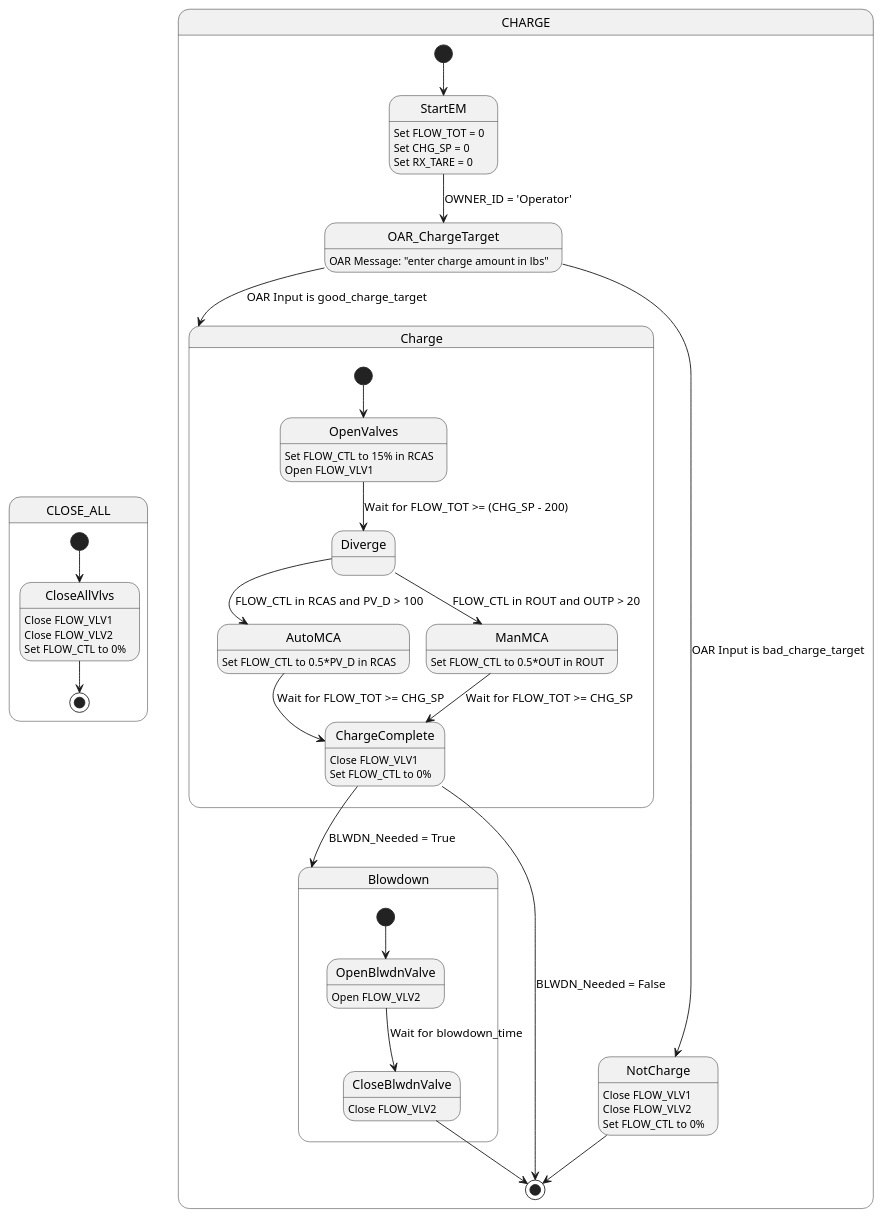
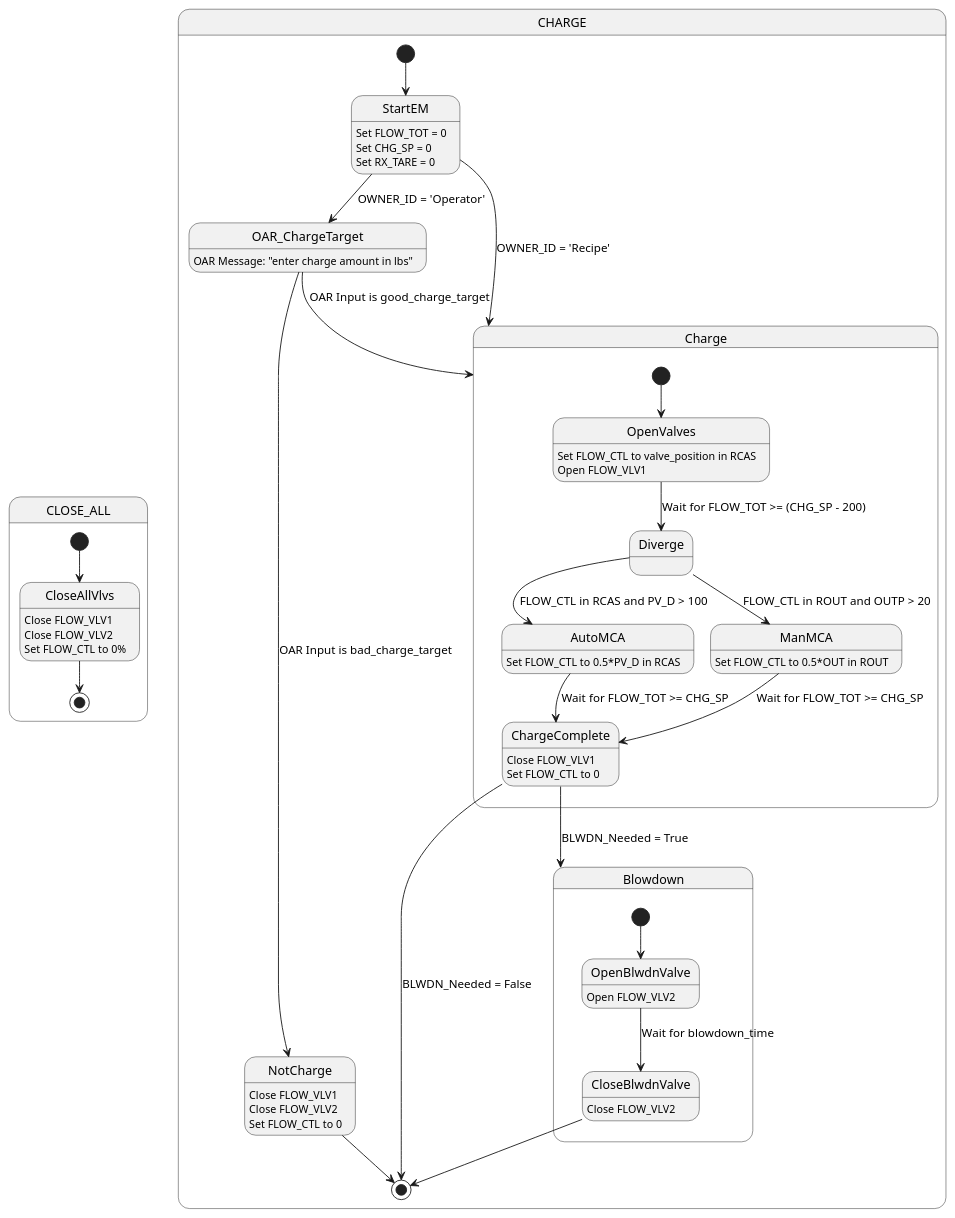
The diagram in specs/vpeng/EM/S_EMC_CHG_BLWDN.puml (mekcrab/Solvay_test), drawn with PlantUML before and after one commit. The commit also changed other lines of this file and 7 other files, not shown here.

Commit message:
1) Modified Charge diagram. 2) Created Condensate Pressure EM, Ramp_VAC part not finished yet.

```diff
--- a/specs/vpeng/EM/S_EMC_CHG_BLWDN.puml
+++ b/specs/vpeng/EM/S_EMC_CHG_BLWDN.puml
@@ -7,70 +9,70 @@
 @startuml
-
 
 state CLOSE_ALL{
 
 [*] --> CloseAllVlvs
 CloseAllVlvs: Close FLOW_VLV1
 CloseAllVlvs: Close FLOW_VLV2
 CloseAllVlvs: Set FLOW_CTL to 0%
 CloseAllVlvs --> [*]
 
 }
 
 state CHARGE {
 
 [*] --> StartEM
 StartEM: Set FLOW_TOT = 0
 StartEM: Set CHG_SP = 0
 StartEM: Set RX_TARE = 0
 
+StartEM --> Charge: OWNER_ID = 'Recipe'
 StartEM --> OAR_ChargeTarget: OWNER_ID = 'Operator'
 OAR_ChargeTarget: OAR Message: "enter charge amount in lbs"
 OAR_ChargeTarget --> NotCharge: OAR Input is bad_charge_target
 OAR_ChargeTarget --> Charge: OAR Input is good_charge_target
 
 state Charge {
 [*] --> OpenValves
 
 NotCharge: Close FLOW_VLV1
 NotCharge: Close FLOW_VLV2
-NotCharge: Set FLOW_CTL to 0%
+NotCharge: Set FLOW_CTL to 0
 
-OpenValves: Set FLOW_CTL to 15% in RCAS
+OpenValves: Set FLOW_CTL to valve_position in RCAS
 OpenValves: Open FLOW_VLV1
 
 OpenValves --> Diverge: Wait for FLOW_TOT >= (CHG_SP - 200)
 
 Diverge --> AutoMCA: FLOW_CTL in RCAS and PV_D > 100
 AutoMCA: Set FLOW_CTL to 0.5*PV_D in RCAS
 AutoMCA --> ChargeComplete: Wait for FLOW_TOT >= CHG_SP
 
 Diverge --> ManMCA: FLOW_CTL in ROUT and OUTP > 20
 ManMCA: Set FLOW_CTL to 0.5*OUT in ROUT
 ManMCA --> ChargeComplete: Wait for FLOW_TOT >= CHG_SP
 
 ChargeComplete: Close FLOW_VLV1
-ChargeComplete: Set FLOW_CTL to 0%
+ChargeComplete: Set FLOW_CTL to 0
 }
 
 ChargeComplete --> Blowdown: BLWDN_Needed = True
 
 state Blowdown{
 
 [*] --> OpenBlwdnValve
 OpenBlwdnValve: Open FLOW_VLV2
 
 OpenBlwdnValve --> CloseBlwdnValve: Wait for blowdown_time
 
 CloseBlwdnValve: Close FLOW_VLV2
 
 }
 
 ChargeComplete --> [*]: BLWDN_Needed = False
 CloseBlwdnValve --> [*]
 NotCharge --> [*]
 
 
 }
 
 @enduml
```
